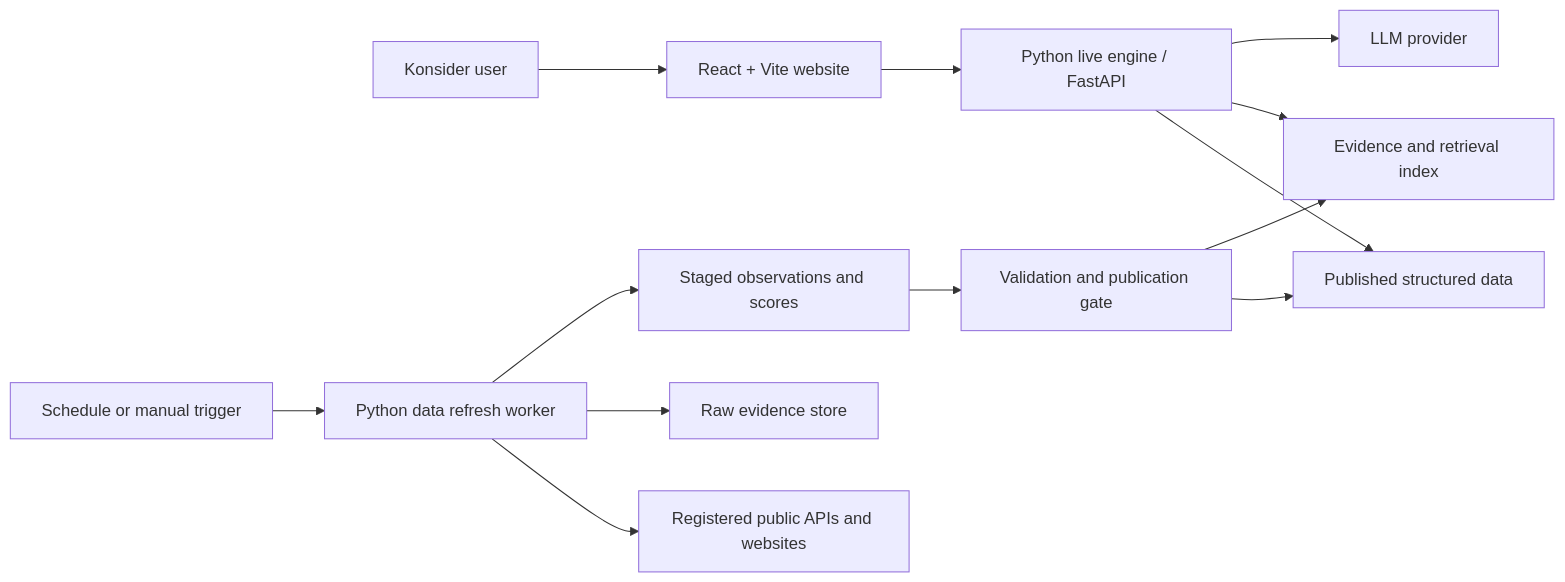
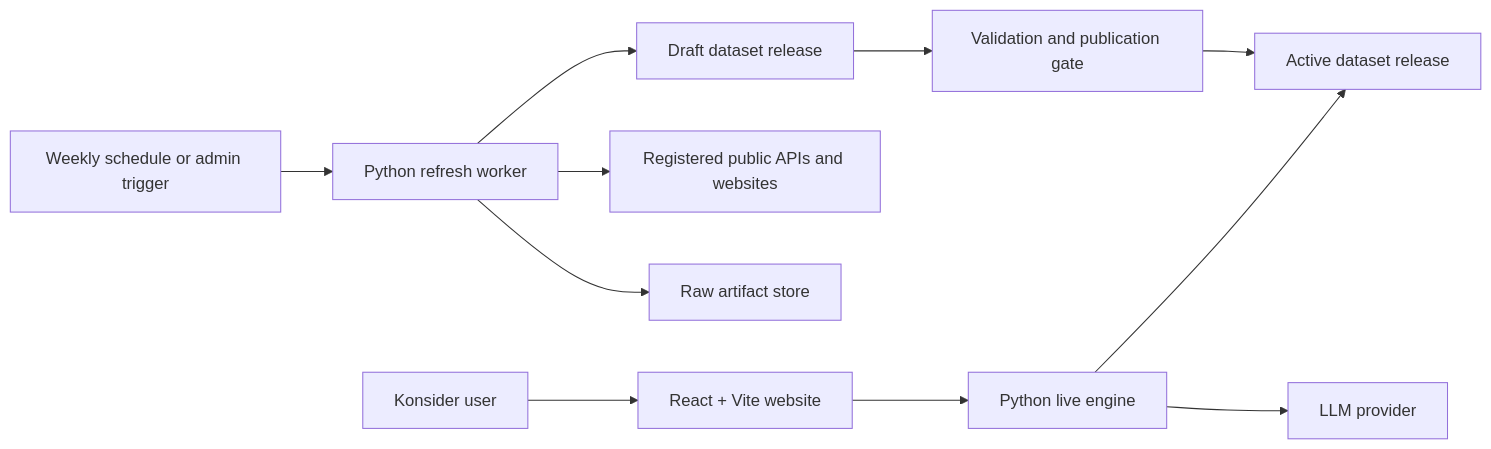
One commit to kapil-malik/Konsider changed the first of 3 diagrams in docs/architecture.md. Above: the diagram before and after it, drawn with Mermaid. The commit also changed other lines of this file and 103 other files, not shown here.

Commit message:
Add worker-first real data release

````diff
--- a/docs/architecture.md
+++ b/docs/architecture.md
@@ -37,16 +41,14 @@
 ```mermaid
 flowchart LR
     User["Konsider user"] --> Web["React + Vite website"]
-    Web --> Engine["Python live engine / FastAPI"]
-    Engine --> Published["Published structured data"]
-    Engine --> Evidence["Evidence and retrieval index"]
+    Web --> Engine["Python live engine"]
+    Engine --> ActiveRelease["Active dataset release"]
     Engine --> LLM["LLM provider"]
 
-    Schedule["Schedule or manual trigger"] --> Worker["Python data refresh worker"]
+    Trigger["Weekly schedule or admin trigger"] --> Worker["Python refresh worker"]
     Worker --> Sources["Registered public APIs and websites"]
-    Worker --> Raw["Raw evidence store"]
-    Worker --> Staging["Staged observations and scores"]
-    Staging --> Gate["Validation and publication gate"]
-    Gate --> Published
-    Gate --> Evidence
+    Worker --> Raw["Raw artifact store"]
+    Worker --> DraftRelease["Draft dataset release"]
+    DraftRelease --> Validation["Validation and publication gate"]
+    Validation --> ActiveRelease
 ```
````
